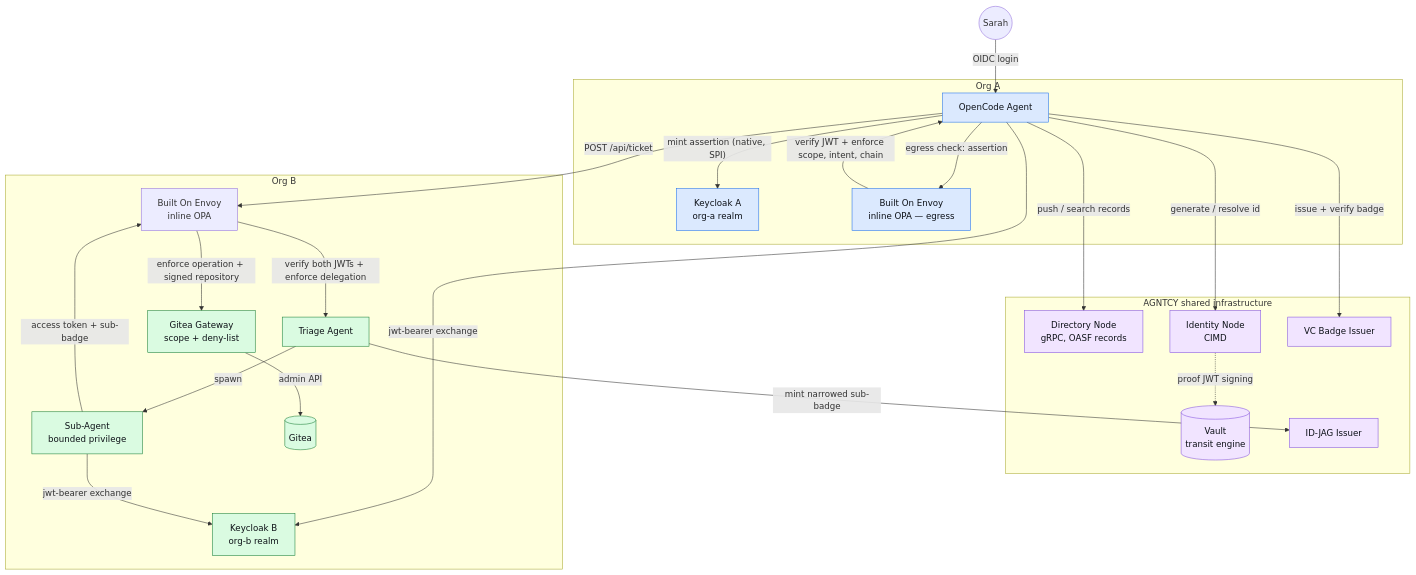
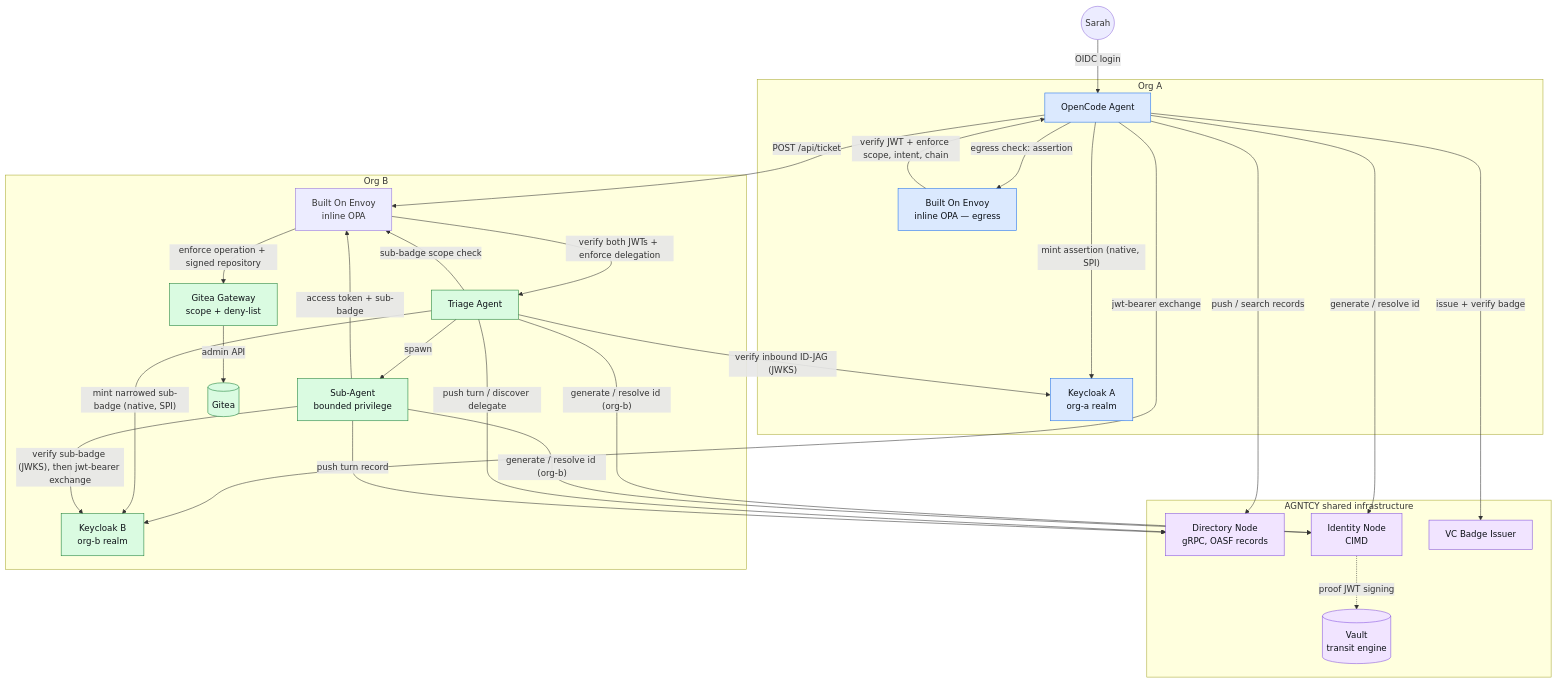
One commit to agntcy/agent-identity-demos changed the first of 2 diagrams in cross-domain-id-jag-vc/README.md. Above: the diagram before and after it, drawn with Mermaid. The commit also changed other lines of this file and 8 other files, not shown here.

````diff
--- a/cross-domain-id-jag-vc/README.md
+++ b/cross-domain-id-jag-vc/README.md
@@ -114,52 +128,57 @@
 ```mermaid
 flowchart TB
     Sarah(("Sarah"))
 
     subgraph OrgA[" Org A "]
         KCA["Keycloak A\norg-a realm"]
         OC["OpenCode Agent"]
         EnvoyA["Built On Envoy\ninline OPA — egress"]
     end
 
     subgraph AGNTCY[" AGNTCY shared infrastructure "]
         Dir["Directory Node\ngRPC, OASF records"]
         IdNode["Identity Node\nCIMD"]
         Vault[("Vault\ntransit engine")]
         VC["VC Badge Issuer"]
-        IDJAG["ID-JAG Issuer"]
     end
 
     subgraph OrgB[" Org B "]
         KCB["Keycloak B\norg-b realm"]
         Envoy["Built On Envoy\ninline OPA"]
         Triage["Triage Agent"]
         Sub["Sub-Agent\nbounded privilege"]
         GW["Gitea Gateway\nscope + deny-list"]
         Gitea[("Gitea")]
     end
 
     Sarah -->|"OIDC login"| OC
     OC -->|"push / search records"| Dir
     OC -->|"generate / resolve id"| IdNode
     IdNode -.->|"proof JWT signing"| Vault
     OC -->|"issue + verify badge"| VC
     OC -->|"mint assertion (native, SPI)"| KCA
     OC -->|"egress check: assertion"| EnvoyA
     EnvoyA -->|"verify JWT + enforce scope, intent, chain"| OC
     OC -->|"jwt-bearer exchange"| KCB
     OC -->|"POST /api/ticket"| Envoy
     Envoy -->|"verify both JWTs + enforce delegation"| Triage
-    Triage -->|"mint narrowed sub-badge"| IDJAG
+    Triage -->|"verify inbound ID-JAG (JWKS)"| KCA
+    Triage -->|"generate / resolve id (org-b)"| IdNode
+    Triage -->|"sub-badge scope check"| Envoy
+    Triage -->|"mint narrowed sub-badge (native, SPI)"| KCB
+    Triage -->|"push turn / discover delegate"| Dir
     Triage -->|"spawn"| Sub
-    Sub -->|"jwt-bearer exchange"| KCB
+    Sub -->|"verify sub-badge (JWKS), then jwt-bearer exchange"| KCB
+    Sub -->|"generate / resolve id (org-b)"| IdNode
+    Sub -->|"push turn record"| Dir
     Sub -->|"access token + sub-badge"| Envoy
     Envoy -->|"enforce operation + signed repository"| GW
     GW -->|"admin API"| Gitea
 
     classDef orgA fill:#dbe9fe,stroke:#1f6feb,color:#0d1117;
     classDef orgB fill:#dafbe1,stroke:#1a7f37,color:#0d1117;
     classDef shared fill:#f1e4ff,stroke:#8250df,color:#0d1117;
     class KCA,OC,EnvoyA orgA;
     class KCB,Triage,Sub,GW,Gitea orgB;
-    class Dir,IdNode,Vault,VC,IDJAG shared;
+    class Dir,IdNode,Vault,VC shared;
 ```
````
